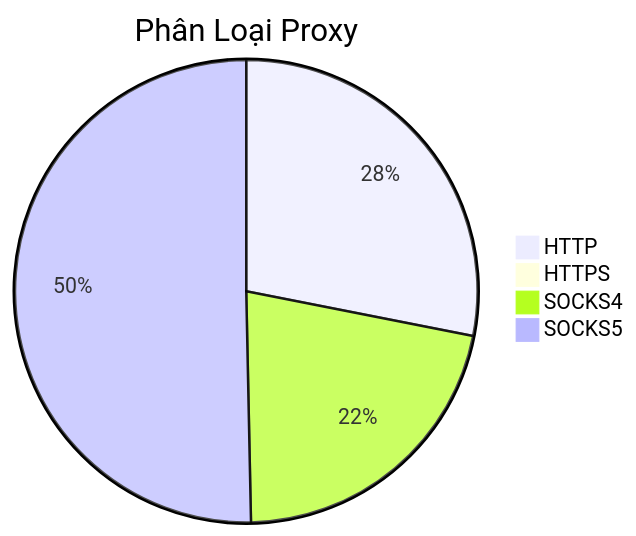
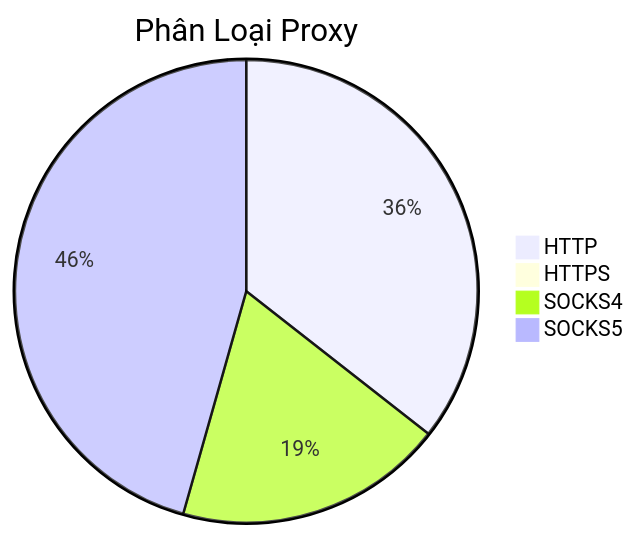
One commit to Ciara-12/PROXY-free changed the diagram in README.md. Above: the diagram before and after it, drawn with Mermaid. The commit also changed other lines of this file and 3 other files, not shown here.

````diff
--- a/README.md
+++ b/README.md
@@ -26,7 +26,7 @@
 ```mermaid
 pie title Phân Loại Proxy
-    "HTTP" : 727
+    "HTTP" : 741
     "HTTPS" : 0
-    "SOCKS4" : 558
-    "SOCKS5" : 1302
+    "SOCKS4" : 392
+    "SOCKS5" : 950
 ```
````
